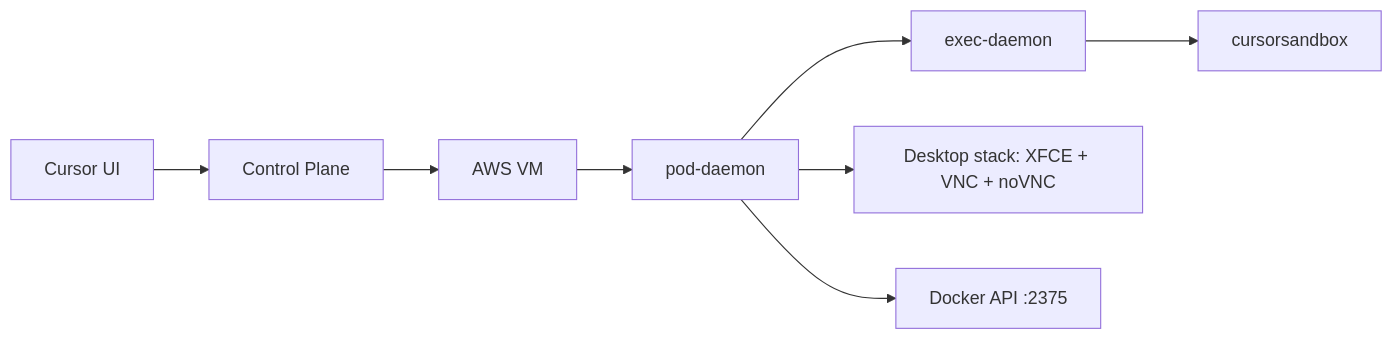
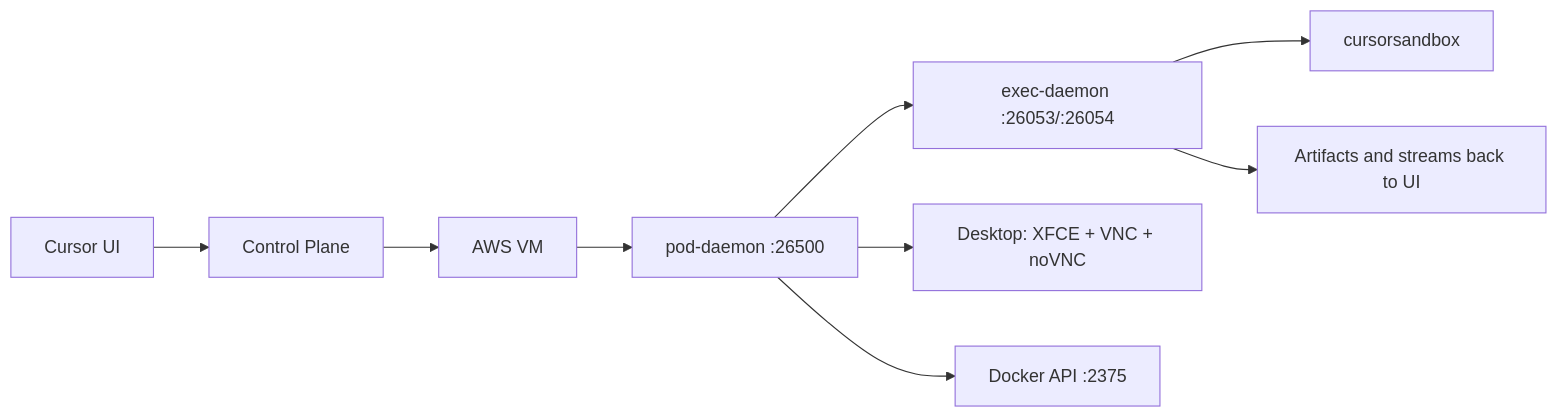
Before and after one commit to advaitpaliwal/cursor-agent-architecture: the diagram in README.md, drawn with Mermaid. The commit also changed other lines of this file, not shown here.

Commit message:
Expand README with richer index and deep-dive architecture map

````diff
--- a/README.md
+++ b/README.md
@@ -16,10 +28,11 @@
 ```mermaid
 flowchart LR
-    UI[Cursor UI] --> API[Control Plane]
-    API --> VM[AWS VM]
-    VM --> C[pod-daemon]
-    C --> E[exec-daemon]
-    E --> S[cursorsandbox]
-    C --> D[Desktop stack: XFCE + VNC + noVNC]
-    C --> K[Docker API :2375]
+    UI[Cursor UI] --> CP[Control Plane]
+    CP --> VM[AWS VM]
+    VM --> POD[pod-daemon :26500]
+    POD --> EXEC[exec-daemon :26053/:26054]
+    EXEC --> SANDBOX[cursorsandbox]
+    POD --> DESKTOP[Desktop: XFCE + VNC + noVNC]
+    POD --> DOCKER[Docker API :2375]
+    EXEC --> ART[Artifacts and streams back to UI]
 ```
````
